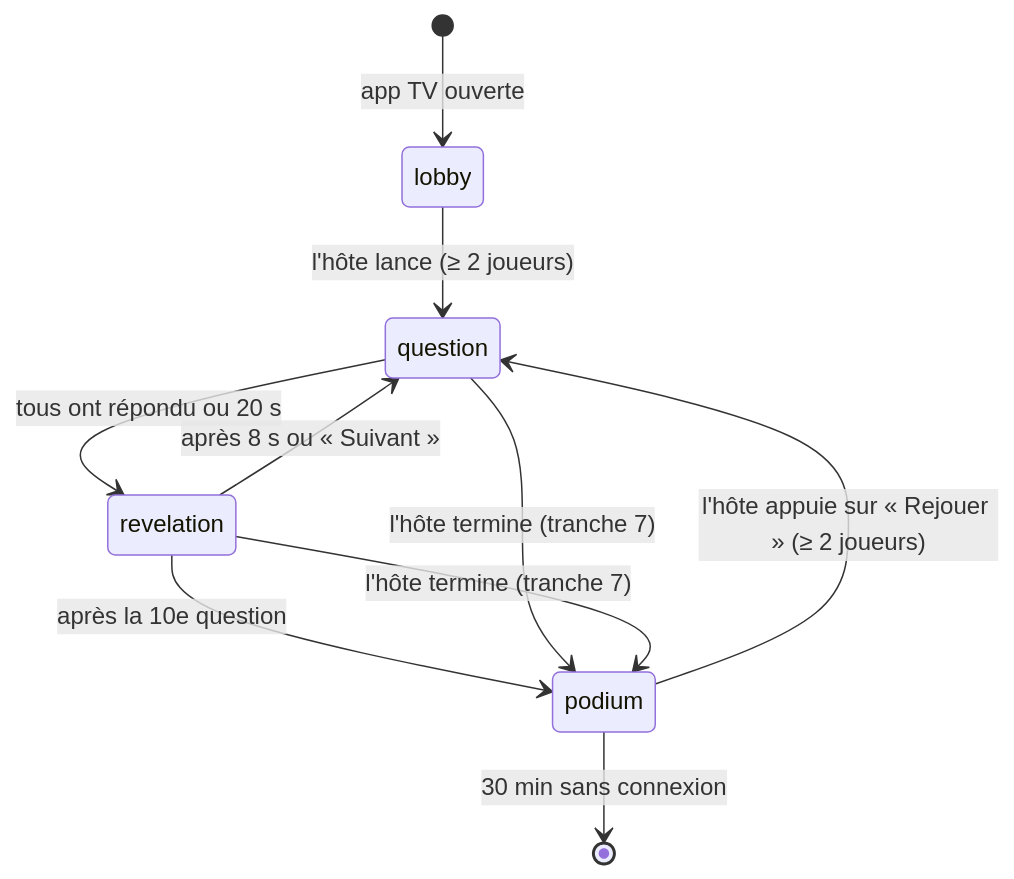
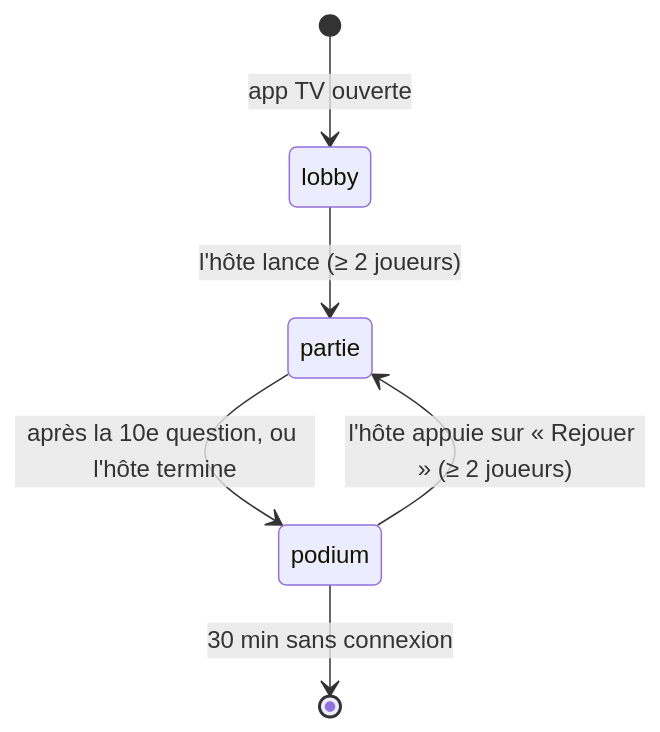
The first of 2 diagrams in docs/spec.md (pdroquemaurel-stack/Quiz-TV-Jeu-de-soir-e), drawn with Mermaid before and after one commit. The commit also changed other lines of this file and 20 other files, not shown here.

First line of the commit message:
Tranche 11, temps 1 : socle multi-modes (registre des modes, états lobby/partie/podium)

````diff
--- a/docs/spec.md
+++ b/docs/spec.md
@@ -15,12 +15,8 @@
 ```mermaid
 stateDiagram-v2
     [*] --> lobby: app TV ouverte
-    lobby --> question: l'hôte lance (≥ 2 joueurs)
-    question --> revelation: tous ont répondu ou 20 s
-    revelation --> question: après 8 s ou « Suivant »
-    revelation --> podium: après la 10e question
-    question --> podium: l'hôte termine (tranche 7)
-    revelation --> podium: l'hôte termine (tranche 7)
-    podium --> question: l'hôte appuie sur « Rejouer » (≥ 2 joueurs)
+    lobby --> partie: l'hôte lance (≥ 2 joueurs)
+    partie --> podium: après la 10e question, ou l'hôte termine
+    podium --> partie: l'hôte appuie sur « Rejouer » (≥ 2 joueurs)
     podium --> [*]: 30 min sans connexion
 ```
````
